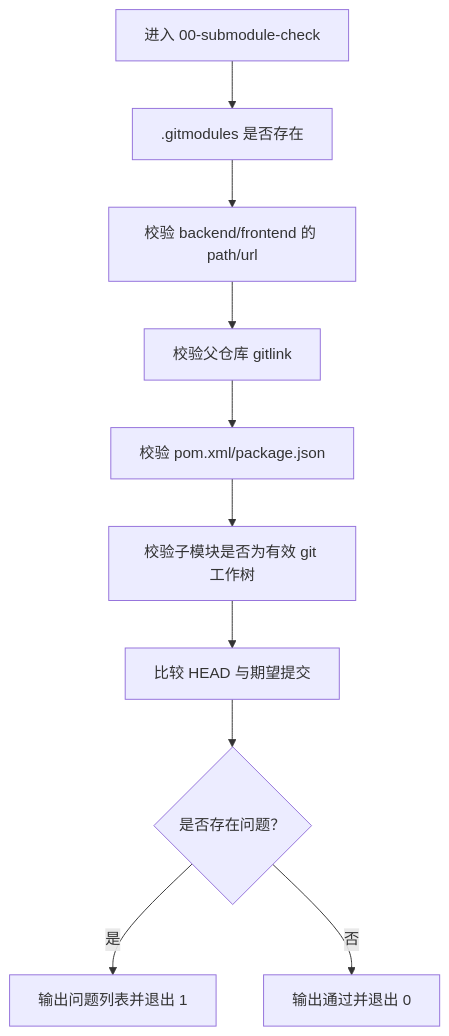
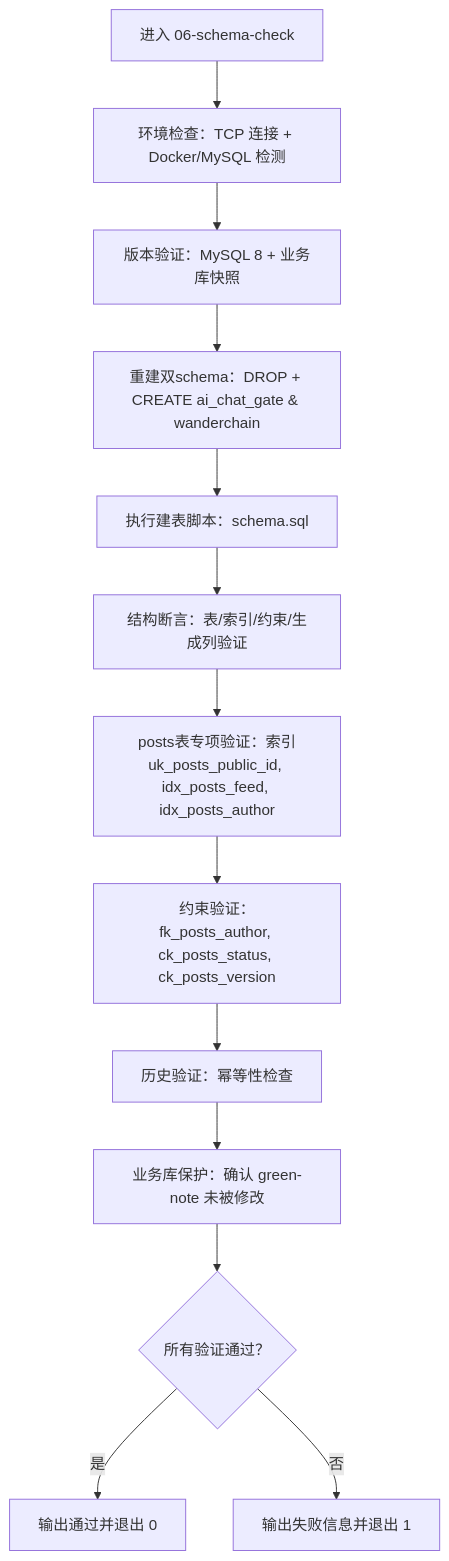
One commit to luyitiger6/my-first-project changed the third of 8 diagrams in .qoder/repowiki/zh/content/自动化验证/闸门系统概述.md. Above: the diagram before and after it, drawn with Mermaid. The commit also changed other lines of this file and 54 other files, not shown here.

````diff
--- a/.qoder/repowiki/zh/content/自动化验证/闸门系统概述.md
+++ b/.qoder/repowiki/zh/content/自动化验证/闸门系统概述.md
@@ -140,12 +153,15 @@
 ```mermaid
 flowchart TD
-S00Start["进入 00-submodule-check"] --> CheckGitmodules[".gitmodules 是否存在"]
-CheckGitmodules --> ValidatePaths["校验 backend/frontend 的 path/url"]
-ValidatePaths --> CheckGitlink["校验父仓库 gitlink"]
-CheckGitlink --> CheckMarker["校验 pom.xml/package.json"]
-CheckMarker --> CheckWorkTree["校验子模块是否为有效 git 工作树"]
-CheckWorkTree --> CompareHead["比较 HEAD 与期望提交"]
-CompareHead --> Problems{"是否存在问题？"}
-Problems --> |是| Fail00["输出问题列表并退出 1"]
-Problems --> |否| Pass00["输出通过并退出 0"]
+S06Start["进入 06-schema-check"] --> EnvCheck["环境检查：TCP 连接 + Docker/MySQL 检测"]
+EnvCheck --> VersionCheck["版本验证：MySQL 8 + 业务库快照"]
+VersionCheck --> SchemaRebuild["重建双schema：DROP + CREATE ai_chat_gate & wanderchain"]
+SchemaRebuild --> ExecuteScripts["执行建表脚本：schema.sql"]
+ExecuteScripts --> StructureAssert["结构断言：表/索引/约束/生成列验证"]
+StructureAssert --> PostsValidation["posts表专项验证：索引uk_posts_public_id, idx_posts_feed, idx_posts_author"]
+PostsValidation --> ConstraintsValidation["约束验证：fk_posts_author, ck_posts_status, ck_posts_version"]
+ConstraintsValidation --> HistoryCheck["历史验证：幂等性检查"]
+HistoryCheck --> BusinessProtection["业务库保护：确认 green-note 未被修改"]
+BusinessProtection --> Success{"所有验证通过？"}
+Success --> |是| Pass06["输出通过并退出 0"]
+Success --> |否| Fail06["输出失败信息并退出 1"]
 ```
````
